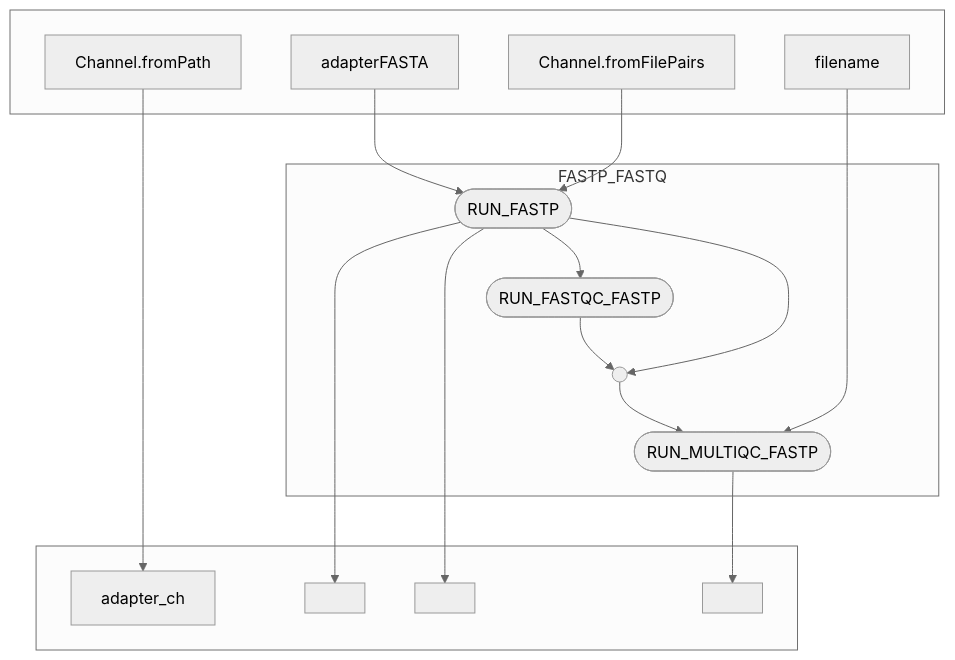
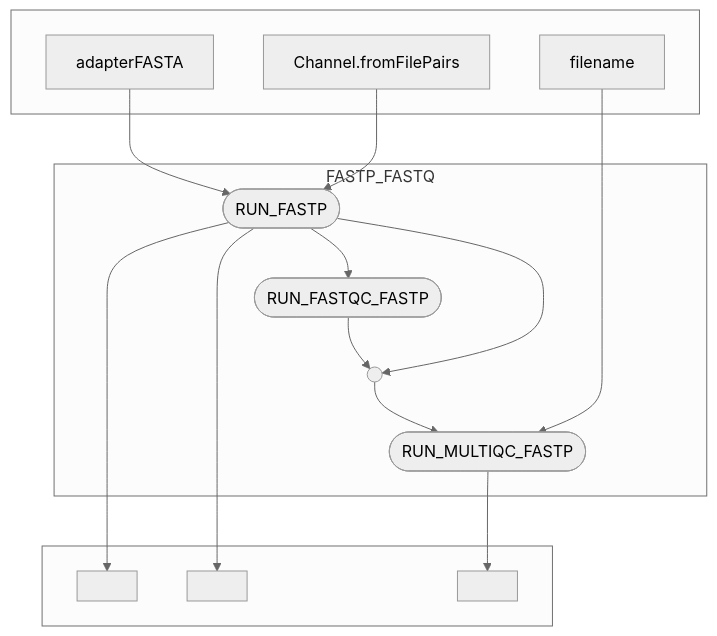
The second of 4 diagrams in nextflow/README.md (tansey-lab/nf-rnaseq), drawn with Mermaid (neutral theme) before and after one commit. The commit also changed other lines of this file, not shown here.

````diff
--- a/nextflow/README.md
+++ b/nextflow/README.md
@@ -50,32 +38,29 @@
 ```mermaid
 flowchart TB
     subgraph " "
     v0["Channel.fromFilePairs"]
-    v1["Channel.fromPath"]
     v3["adapterFASTA"]
     v11["filename"]
     end
     subgraph " "
-    v2["adapter_ch"]
     v5[" "]
     v6[" "]
     v13[" "]
     end
     subgraph FASTP_FASTQ
     v4([RUN_FASTP])
     v7([RUN_FASTQC_FASTP])
     v12([RUN_MULTIQC_FASTP])
     v8(( ))
     end
     v0 --> v4
-    v1 --> v2
     v3 --> v4
     v4 --> v7
     v4 --> v6
     v4 --> v5
     v4 --> v8
     v7 --> v8
     v11 --> v12
     v8 --> v12
     v12 --> v13
 ```
````
